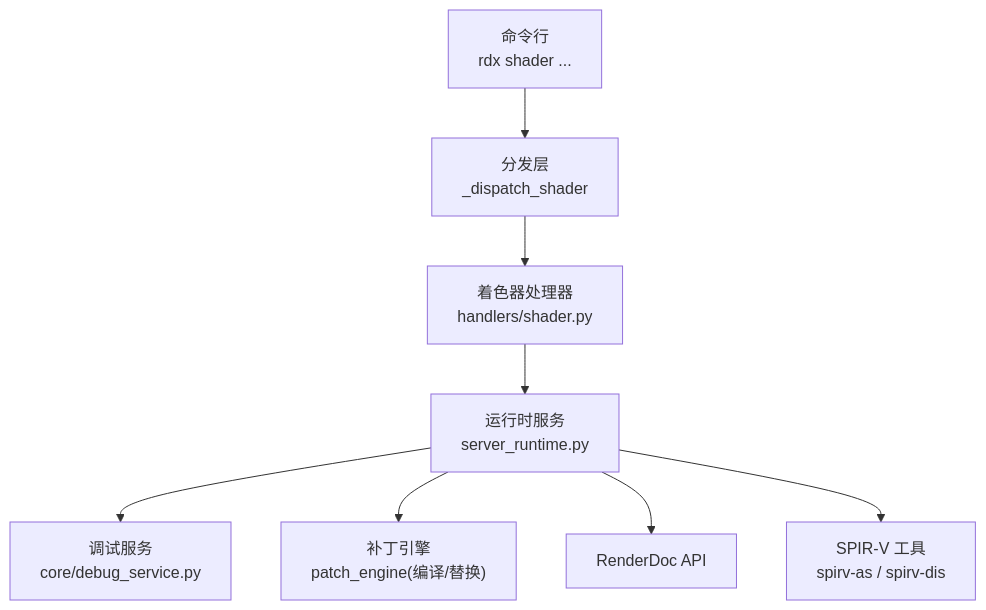
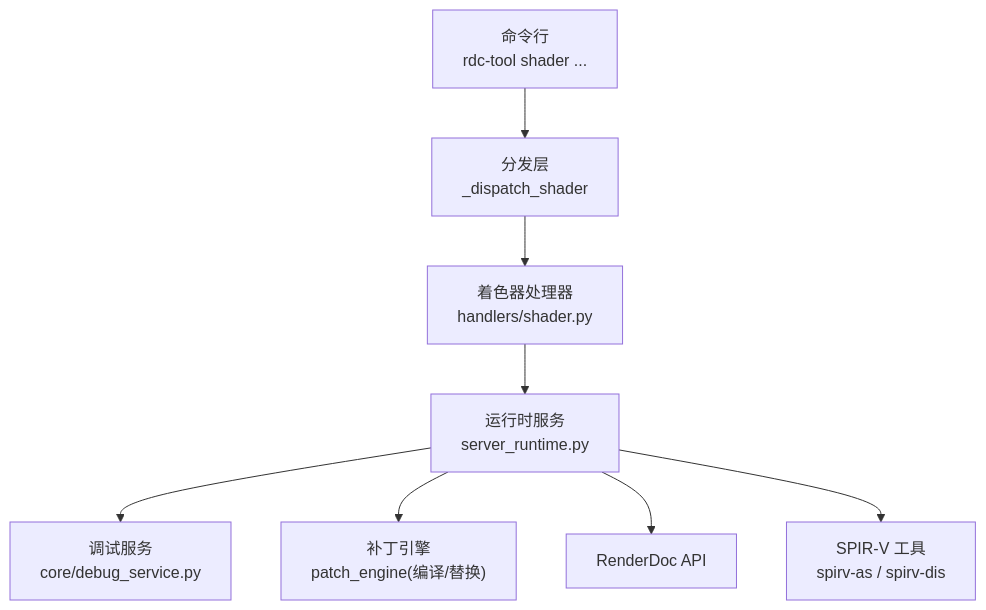
Before and after one commit to haolange/RDC-Tool: the first of 8 diagrams in .qoder/repowiki/zh/content/CLI参考手册/着色器调试命令.md, drawn with Mermaid. The commit also changed other lines of this file and 388 other files, not shown here.

First line of the commit message:
Release RDC-Tool identity and public maintenance surface

````diff
--- a/.qoder/repowiki/zh/content/CLI参考手册/着色器调试命令.md
+++ b/.qoder/repowiki/zh/content/CLI参考手册/着色器调试命令.md
@@ -40,10 +40,10 @@
 ```mermaid
 graph TB
-CLI["命令行<br/>rdx shader ..."] --> Dispatch["分发层<br/>_dispatch_shader"]
+CLI["命令行<br/>rdc-tool shader ..."] --> Dispatch["分发层<br/>_dispatch_shader"]
 Dispatch --> Handler["着色器处理器<br/>handlers/shader.py"]
 Handler --> Runtime["运行时服务<br/>server_runtime.py"]
 Runtime --> DebugSvc["调试服务<br/>core/debug_service.py"]
 Runtime --> PatchEng["补丁引擎<br/>patch_engine(编译/替换)"]
 Runtime --> RD["RenderDoc API"]
 Runtime --> SPIRV["SPIR-V 工具<br/>spirv-as / spirv-dis"]
 ```
````
